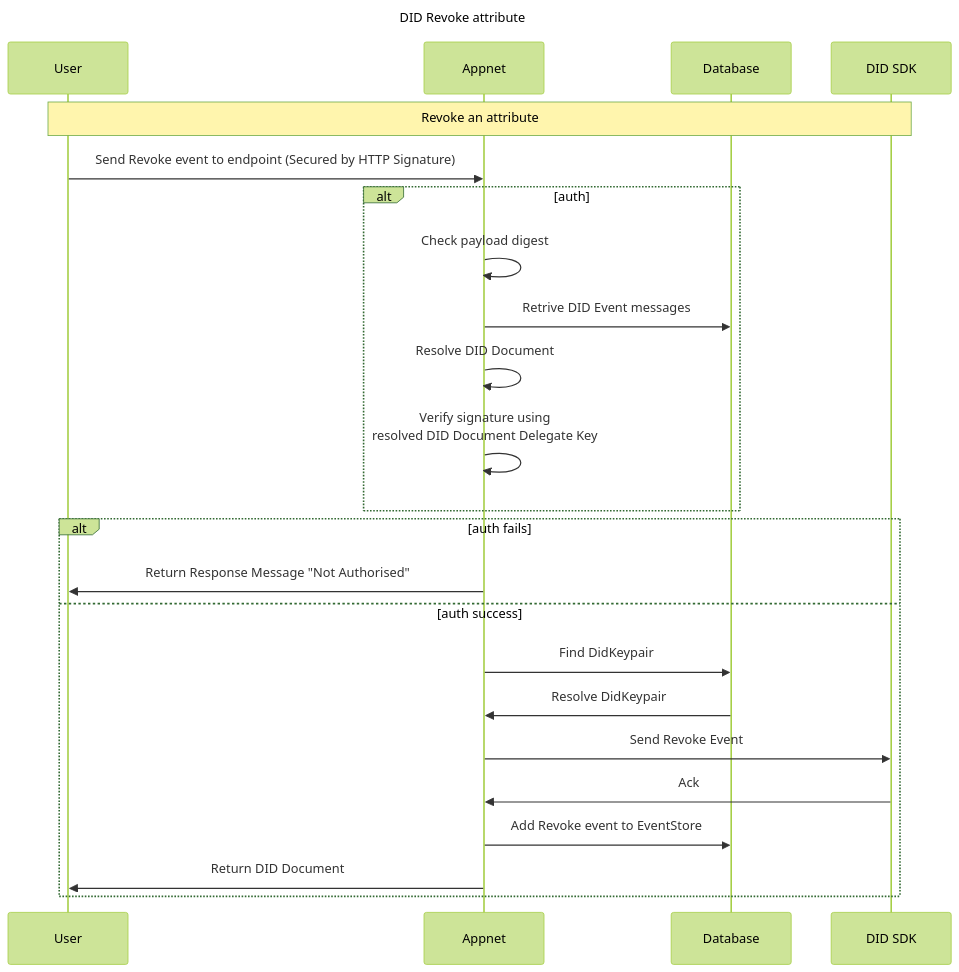
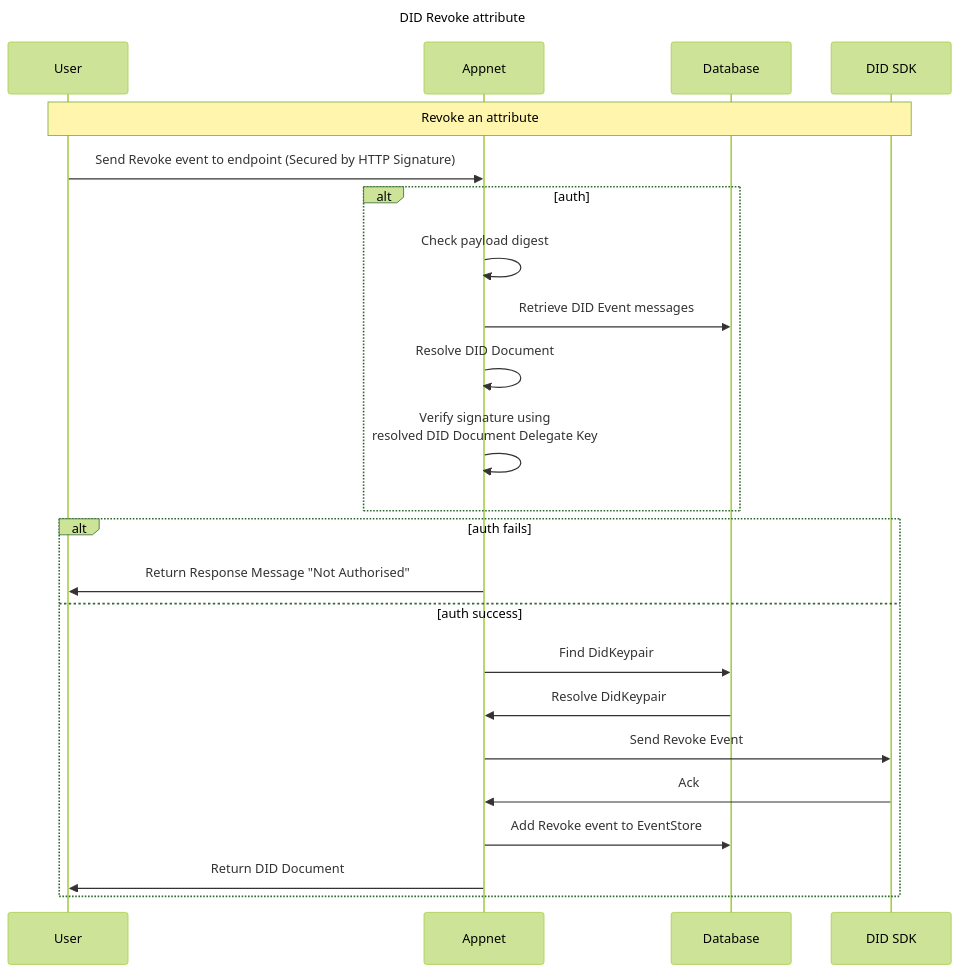
Before and after one commit to Meeco/hedera-did-identity-network: the diagram in documentation/diagrams/did-revoke-attribute.mmd, drawn with Mermaid (forest theme). The commit also changed 2 other files, not shown here.

Commit message:
docs: Fix some typos in the diagrams.

```diff
--- a/documentation/diagrams/did-revoke-attribute.mmd
+++ b/documentation/diagrams/did-revoke-attribute.mmd
@@ -1,26 +1,26 @@
 sequenceDiagram
 Title: DID Revoke attribute
 
 participant Subject as User
 participant API as Appnet
 participant Database as Database
 participant DIDSDK as DID SDK
 
 note over Subject,DIDSDK: Revoke an attribute
 Subject ->> API: Send Revoke event to endpoint (Secured by HTTP Signature)
 alt auth
 API ->> API: Check payload digest
-API ->> Database: Retrive DID Event messages
+API ->> Database: Retrieve DID Event messages
 API ->> API: Resolve DID Document
 API ->> API: Verify signature using <br> resolved DID Document Delegate Key
 end 
 alt auth fails
 API ->> Subject: Return Response Message "Not Authorised"
 else auth success
 API ->> Database: Find DidKeypair
 Database ->> API: Resolve DidKeypair
 API ->> DIDSDK: Send Revoke Event
 DIDSDK ->> API: Ack
 API ->> Database: Add Revoke event to EventStore
 API ->> Subject: Return DID Document
 end
```
